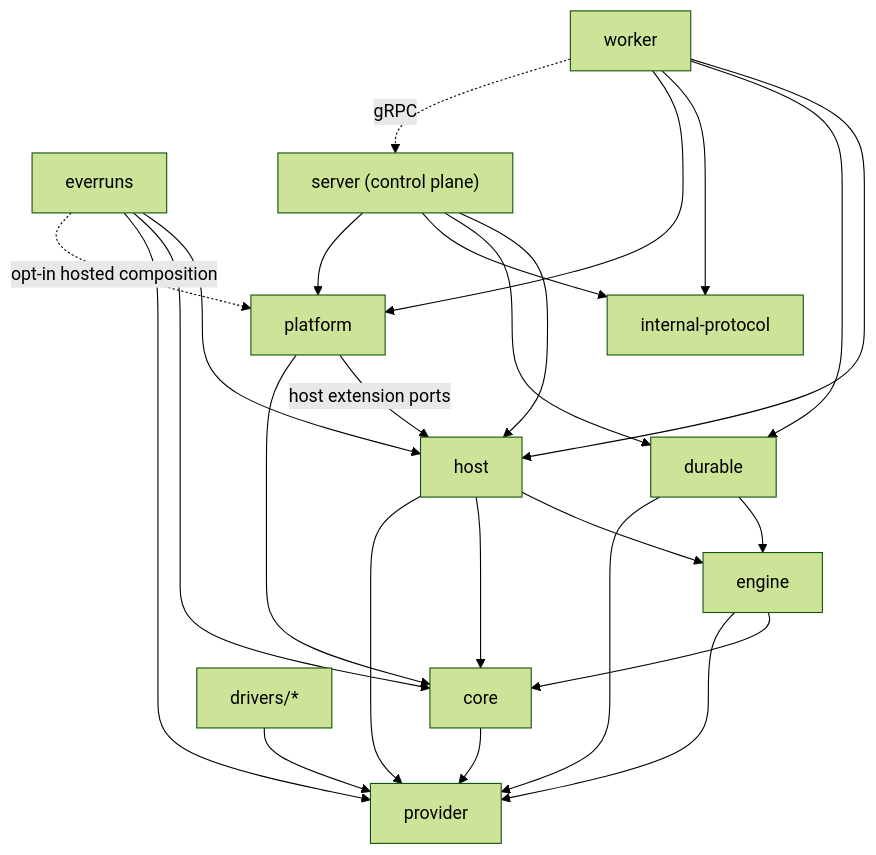
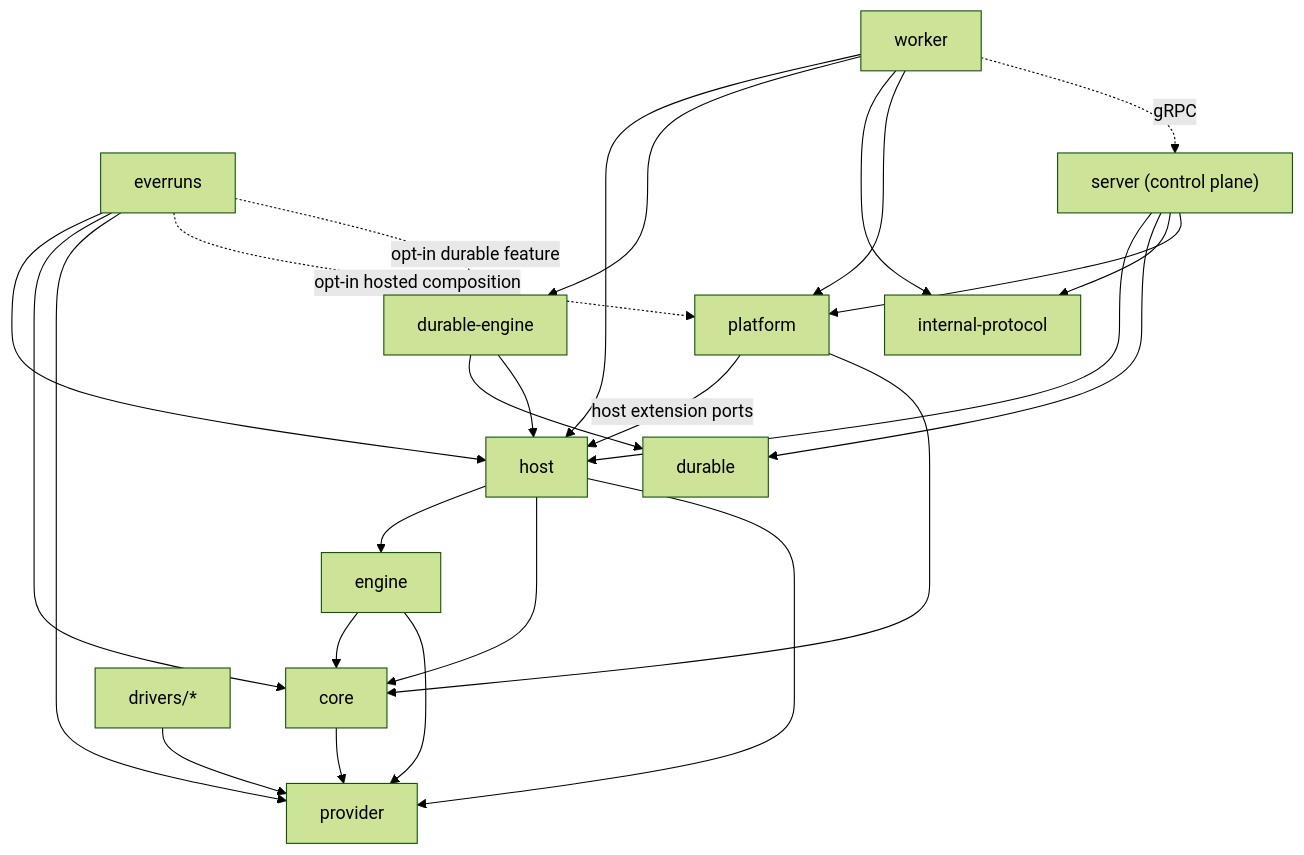
Before and after one commit to everruns/everruns: the second of 3 diagrams in knowledge/foundations/architecture.md, drawn with Mermaid (forest theme). The commit also changed other lines of this file and 15 other files, not shown here.

````diff
--- a/knowledge/foundations/architecture.md
+++ b/knowledge/foundations/architecture.md
@@ -159,39 +161,41 @@
 ```mermaid
 graph TD
     provider[provider]
     core[core]
     engine[engine]
     platform[platform]
     host[host]
     framework[everruns]
     drivers[drivers/*]
     protocol[internal-protocol]
     durable[durable]
+    durableEngine[durable-engine]
     worker[worker]
     server["server (control plane)"]
 
     core --> provider
     engine --> core
     engine --> provider
     host --> engine
     host --> core
     host --> provider
     platform -->|host extension ports| host
     platform --> core
     framework --> host
     framework --> core
     framework --> provider
     framework -.->|opt-in hosted composition| platform
     drivers --> provider
-    durable --> engine
-    durable --> provider
+    durableEngine --> durable
+    durableEngine --> host
+    framework -.->|opt-in durable feature| durableEngine
     worker --> host
-    worker --> durable
+    worker --> durableEngine
     worker --> protocol
     worker --> platform
     server --> host
     server --> durable
     server --> protocol
     server --> platform
     worker -.->|gRPC| server
 ```
````
